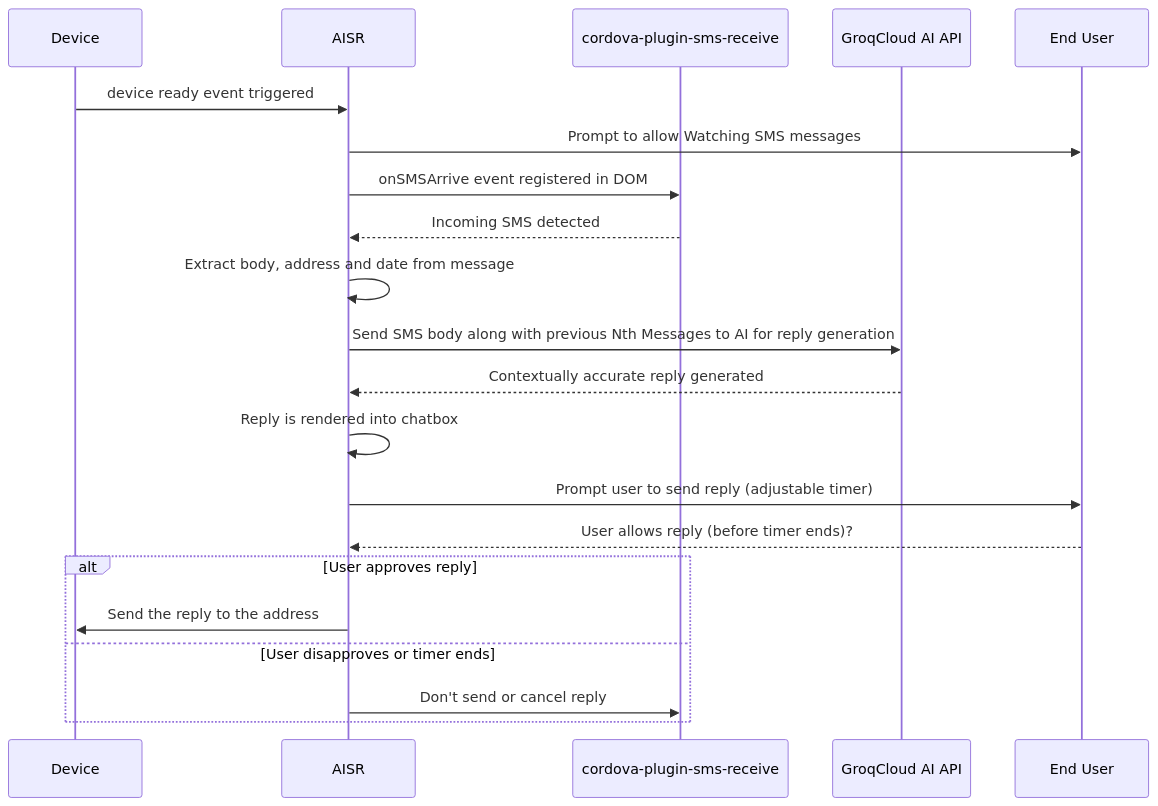
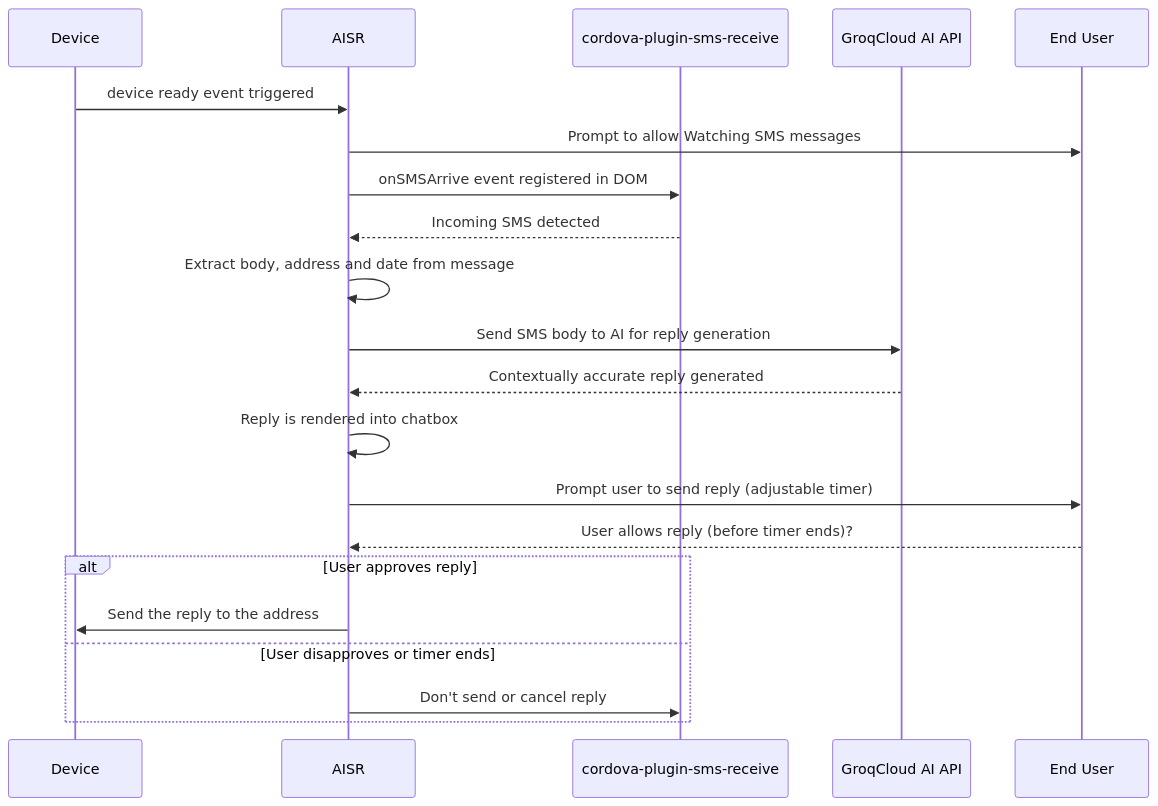
Before and after one commit to MurageKabui/AISR: the diagram in README.md, drawn with Mermaid. The commit also changed other lines of this file and 3 other files, not shown here.

````diff
--- a/README.md
+++ b/README.md
@@ -30,24 +27,24 @@
 ```mermaid
 sequenceDiagram
     participant Device as Device
     participant CordovaApp as AISR
     participant SMSReceive as cordova-plugin-sms-receive
     participant AI as GroqCloud AI API
     participant User as End User
 
     Device->>CordovaApp: device ready event triggered
     CordovaApp->>User: Prompt to allow Watching SMS messages
     CordovaApp->>SMSReceive: onSMSArrive event registered in DOM
     SMSReceive-->>CordovaApp: Incoming SMS detected
     CordovaApp->>CordovaApp: Extract body, address and date from message
-    CordovaApp->>AI: Send SMS body along with previous Nth Messages to AI for reply generation
+    CordovaApp->>AI: Send SMS body to AI for reply generation
     AI-->>CordovaApp: Contextually accurate reply generated
     CordovaApp->>CordovaApp: Reply is rendered into chatbox
     CordovaApp->>User: Prompt user to send reply (adjustable timer)
     User-->>CordovaApp: User allows reply (before timer ends)?
     alt User approves reply
         CordovaApp->>Device: Send the reply to the address
     else User disapproves or timer ends
         CordovaApp->>SMSReceive: Don't send or cancel reply
     end
 ```
````
